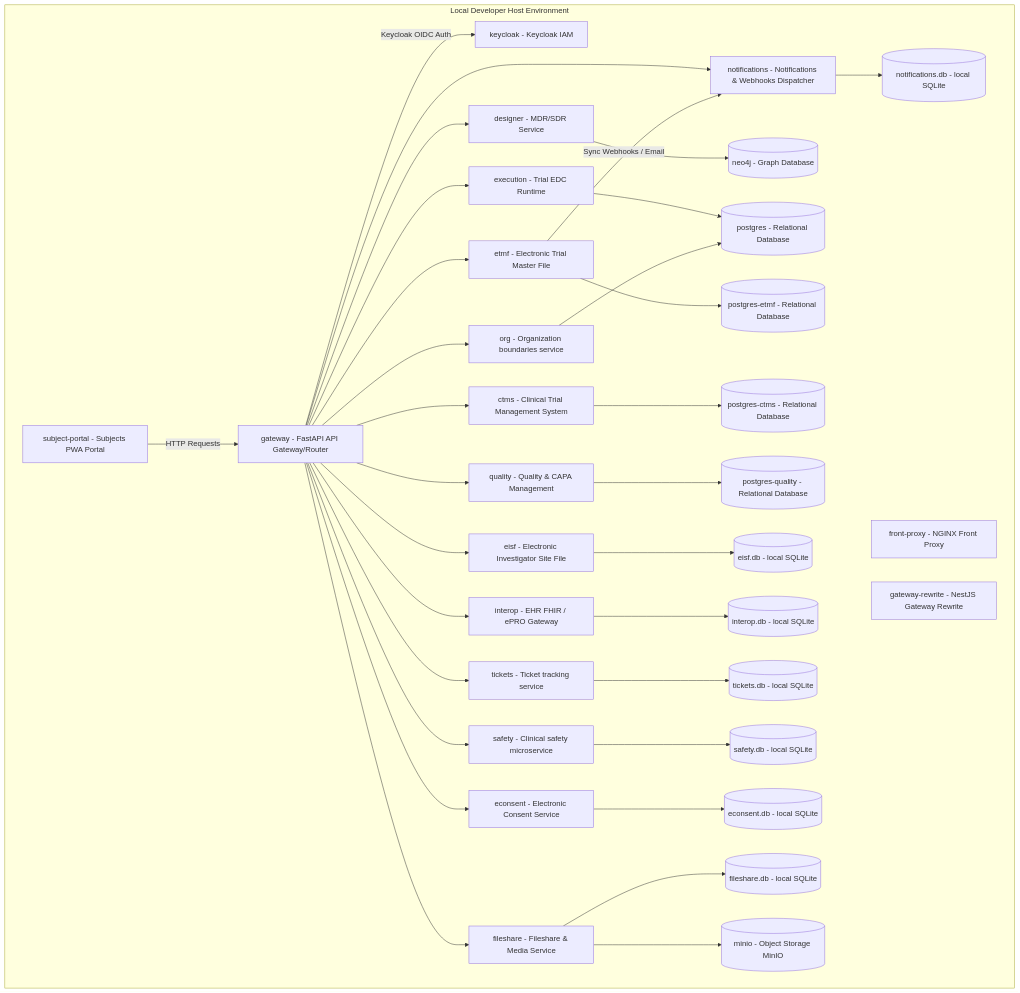
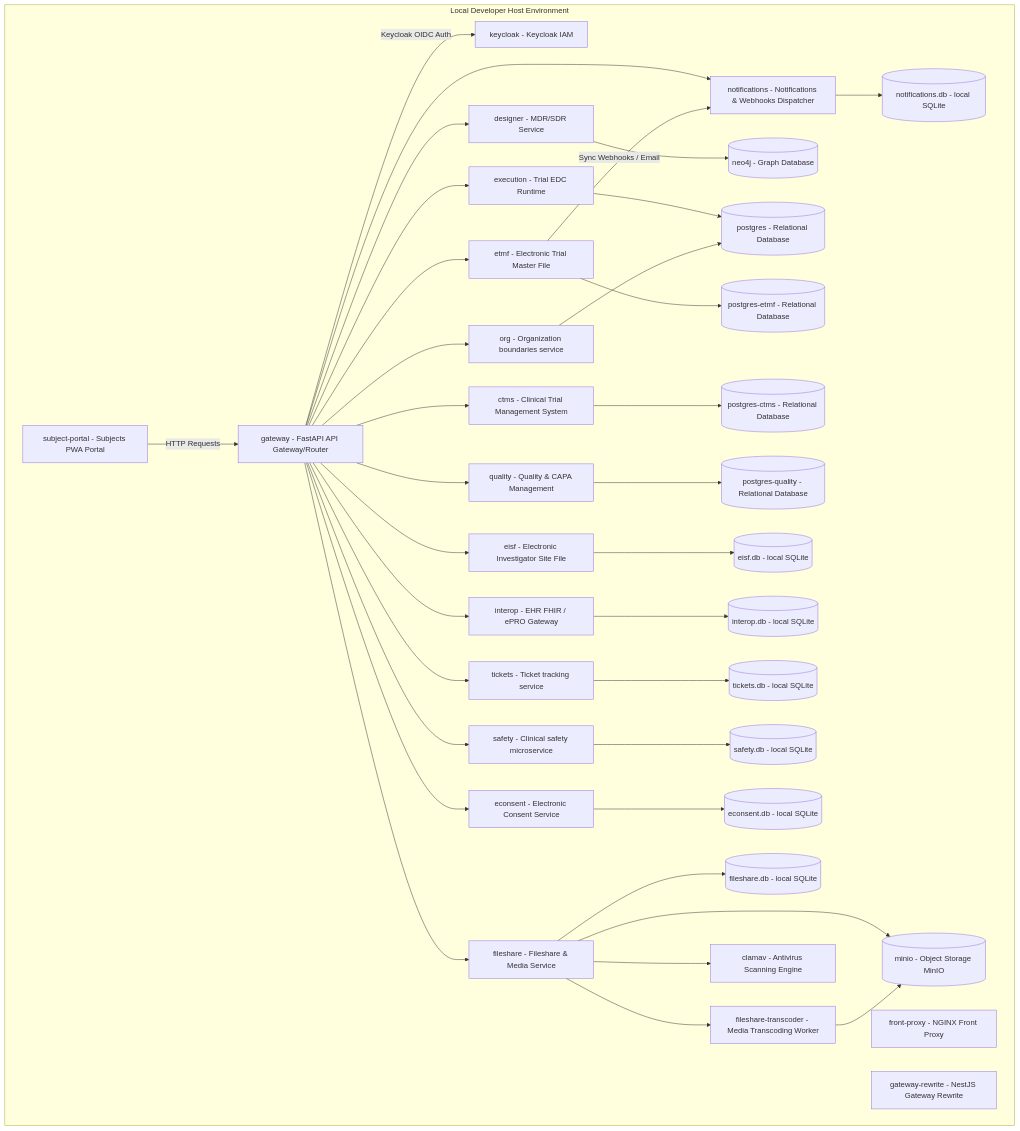
The first of 2 diagrams in ARCHITECTURE.md (fderuiter/cadence-clinical), drawn with Mermaid before and after one commit. The commit also changed 17 other files, not shown here.

Commit message:
feat(fileshare): add antivirus scan adapter, legal hold audit logs, and update architecture topology

```diff
--- a/ARCHITECTURE.md
+++ b/ARCHITECTURE.md
@@ -219,6 +219,8 @@
         notifications[notifications - Notifications & Webhooks Dispatcher]
         econsent[econsent - Electronic Consent Service]
         fileshare[fileshare - Fileshare & Media Service]
+        fileshare-transcoder[fileshare-transcoder - Media Transcoding Worker]
+        clamav[clamav - Antivirus Scanning Engine]
 
         %% Databases & Object Storage
         postgres[(postgres - Relational Database)]
@@ -274,8 +276,11 @@
     econsent --> sqlite_econsent
     fileshare --> sqlite_fileshare
 
-    %% Object Storage
+    %% Object Storage & Workers
     fileshare --> minio
+    fileshare-transcoder --> minio
+    fileshare --> fileshare-transcoder
+    fileshare --> clamav
 
     %% Inter-service events
     etmf -->|Sync Webhooks / Email| notifications
```
